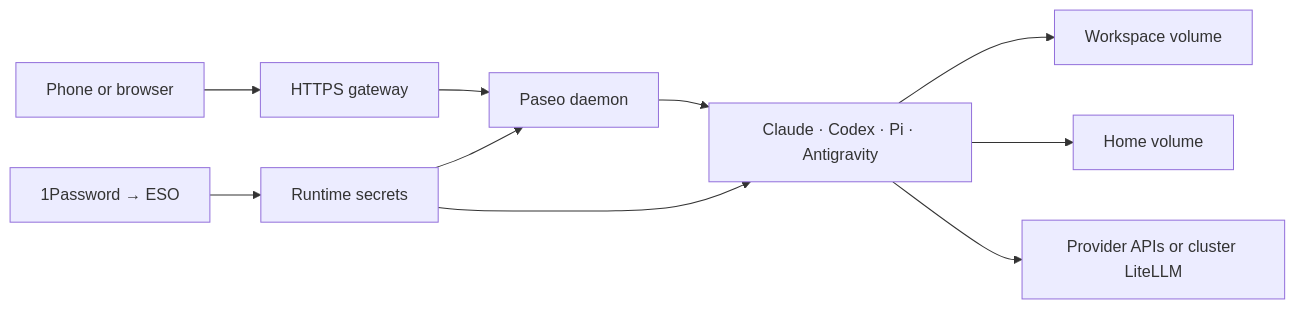
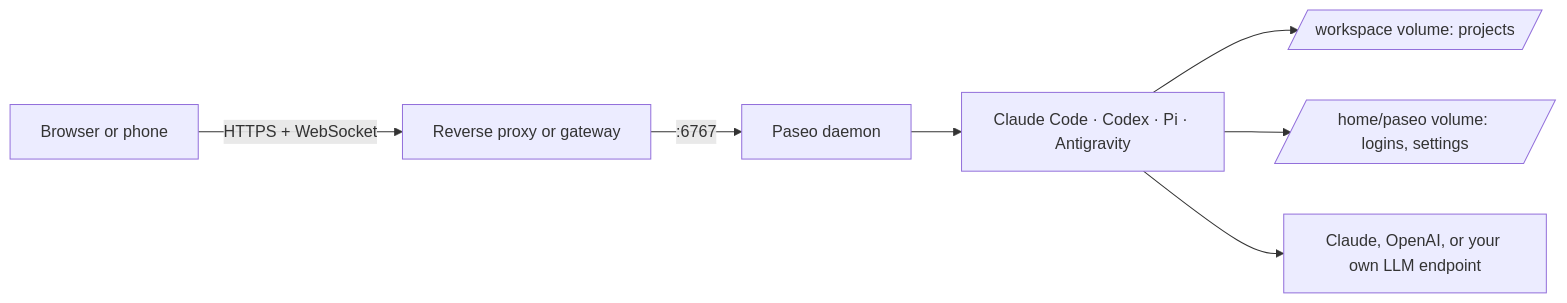
The diagram in images/paseo-dev/README.md (mitchross/homelab-images), drawn with Mermaid before and after one commit. The commit also changed other lines of this file and 4 other files, not shown here.

````diff
--- a/images/paseo-dev/README.md
+++ b/images/paseo-dev/README.md
@@ -6,12 +7,9 @@
 ```mermaid
 flowchart LR
-    Phone[Phone or browser] --> HTTPS[HTTPS gateway]
-    HTTPS --> Paseo[Paseo daemon]
-    Paseo --> Agents[Claude · Codex · Pi · Antigravity]
-    Agents --> Workspace[Workspace volume]
-    Agents --> Home[Home volume]
-    Secrets[1Password → ESO] --> Runtime[Runtime secrets]
-    Runtime --> Paseo
-    Runtime --> Agents
-    Agents --> Models[Provider APIs or cluster LiteLLM]
+    Browser[Browser or phone] -->|HTTPS + WebSocket| Proxy[Reverse proxy or gateway]
+    Proxy -->|:6767| Paseo[Paseo daemon]
+    Paseo --> Agents[Claude Code · Codex · Pi · Antigravity]
+    Agents --> Workspace[/workspace volume: projects/]
+    Agents --> Home[/home/paseo volume: logins, settings/]
+    Agents --> Models[Claude, OpenAI, or your own LLM endpoint]
 ```
````
